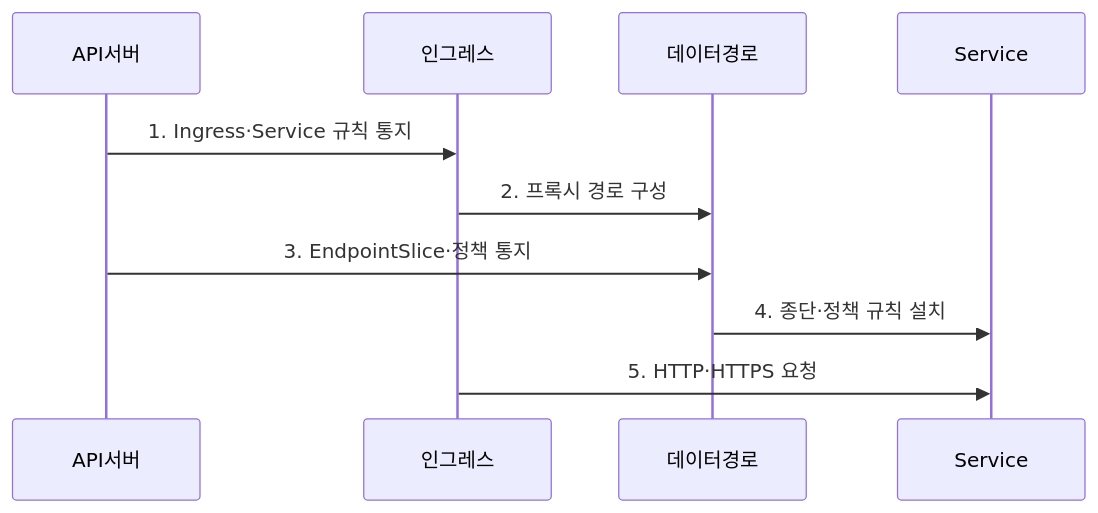
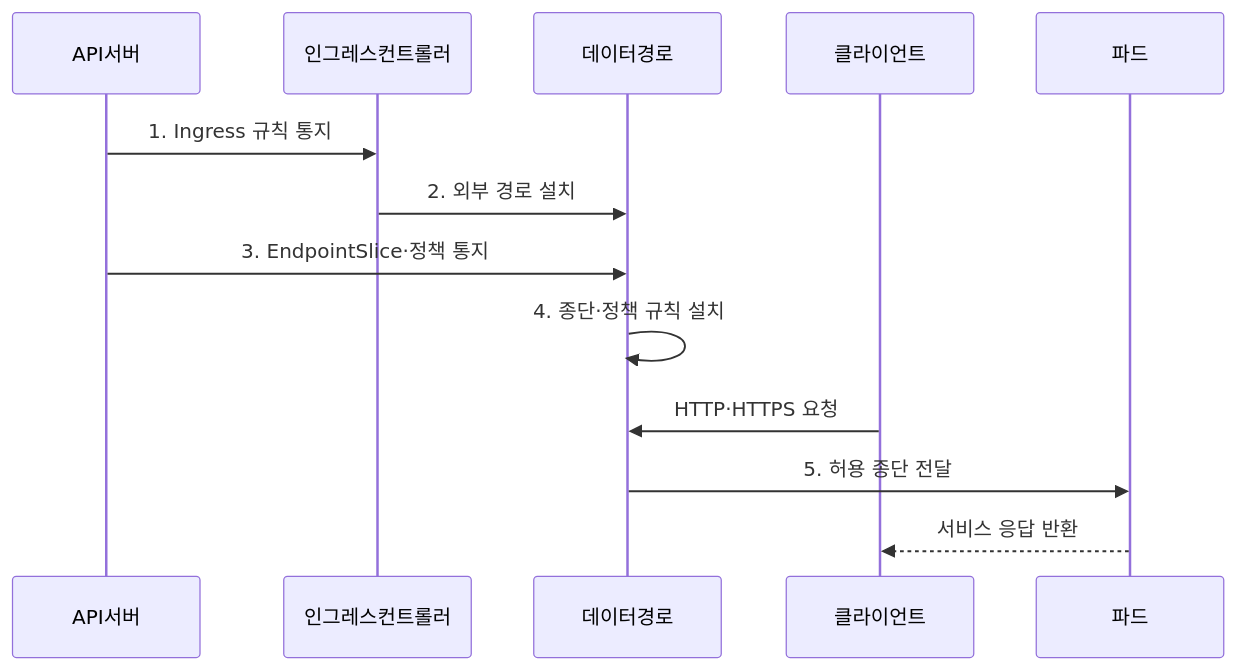
Before and after one commit to agnusdei1207/knowledge-base: the second of 2 diagrams in src/content/docs/notes/04-network/062_kubernetes_networking.md, drawn with Mermaid. The commit also changed other lines of this file and 20 other files, not shown here.

````diff
--- a/src/content/docs/notes/04-network/062_kubernetes_networking.md
+++ b/src/content/docs/notes/04-network/062_kubernetes_networking.md
@@ -90,12 +95,15 @@
 ```mermaid
 sequenceDiagram
     participant API서버
-    participant 인그레스
+    participant 인그레스컨트롤러
     participant 데이터경로
-    participant Service
-    API서버->>인그레스: 1. Ingress·Service 규칙 통지
-    인그레스->>데이터경로: 2. 프록시 경로 구성
+    participant 클라이언트
+    participant 파드
+    API서버->>인그레스컨트롤러: 1. Ingress 규칙 통지
+    인그레스컨트롤러->>데이터경로: 2. 외부 경로 설치
     API서버->>데이터경로: 3. EndpointSlice·정책 통지
-    데이터경로->>Service: 4. 종단·정책 규칙 설치
-    인그레스->>Service: 5. HTTP·HTTPS 요청
+    데이터경로->>데이터경로: 4. 종단·정책 규칙 설치
+    클라이언트->>데이터경로: HTTP·HTTPS 요청
+    데이터경로->>파드: 5. 허용 종단 전달
+    파드-->>클라이언트: 서비스 응답 반환
 ```
````
